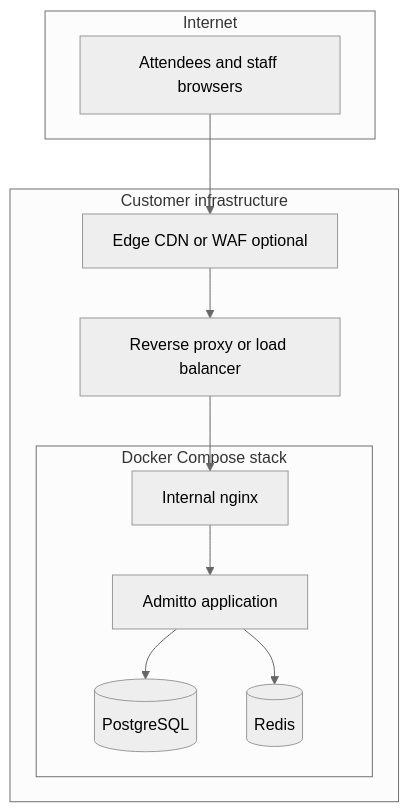
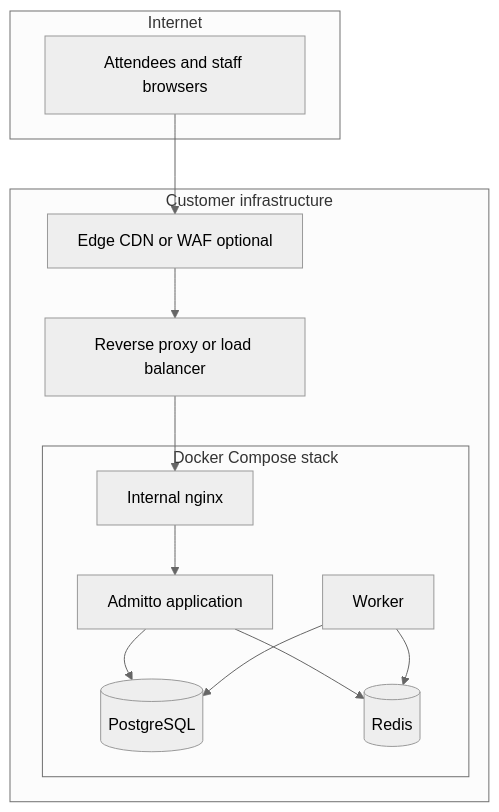
Before and after one commit to solarssk/admitto: the diagram in docs/security/CORPORATE-DEPLOYMENT.md, drawn with Mermaid (neutral theme). The commit also changed other lines of this file and 40 other files, not shown here.

````diff
--- a/docs/security/CORPORATE-DEPLOYMENT.md
+++ b/docs/security/CORPORATE-DEPLOYMENT.md
@@ -54,22 +56,25 @@
 ```mermaid
 flowchart TB
   subgraph internet [Internet]
     Users[Attendees and staff browsers]
   end
   subgraph customer [Customer infrastructure]
     Edge[Edge CDN or WAF optional]
     RP[Reverse proxy or load balancer]
     subgraph compose [Docker Compose stack]
       NGX[Internal nginx]
       APP[Admitto application]
       PG[(PostgreSQL)]
+      WRK[Worker]
       RD[(Redis)]
     end
   end
   Users --> Edge
   Edge --> RP
   RP --> NGX
   NGX --> APP
   APP --> PG
   APP --> RD
+  WRK --> PG
+  WRK --> RD
 ```
````
